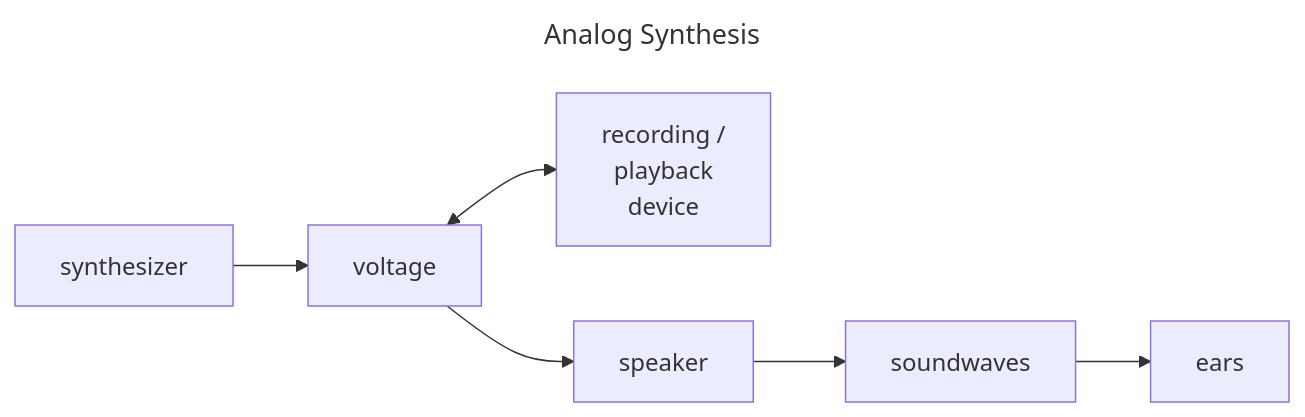
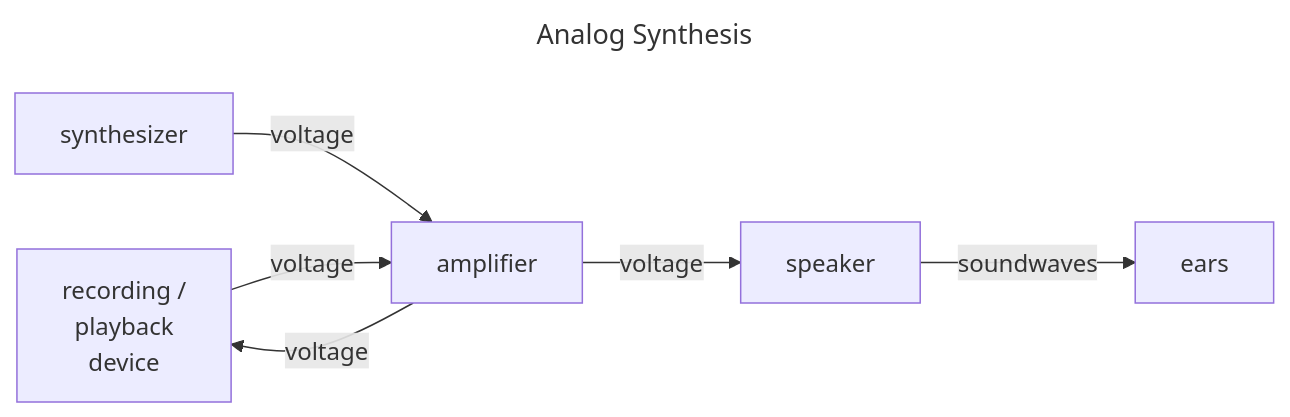
Before and after one commit to parasaurolophus/rader.us: the second of 7 diagrams in music/algorithmic_musical_composition/index.md, drawn with Mermaid. The commit also changed other lines of this file, not shown here.

Commit message:
Improve diagrams and layout of musicography/index.md

````diff
--- a/music/algorithmic_musical_composition/index.md
+++ b/music/algorithmic_musical_composition/index.md
@@ -137,14 +137,14 @@
 ```mermaid
 ---
 title: Analog Synthesis
 ---
 graph LR
 
     recorder[recording /<br>playback<br>device]
 
-    synthesizer --> voltage
-    voltage <--> recorder
-    voltage --> speaker
-    speaker --> soundwaves
-    soundwaves --> ears
+    synthesizer -->|voltage| amplifier
+    amplifier -->|voltage| recorder
+    recorder -->|voltage| amplifier
+    amplifier -->|voltage| speaker
+    speaker -->|soundwaves| ears
 ```
````
